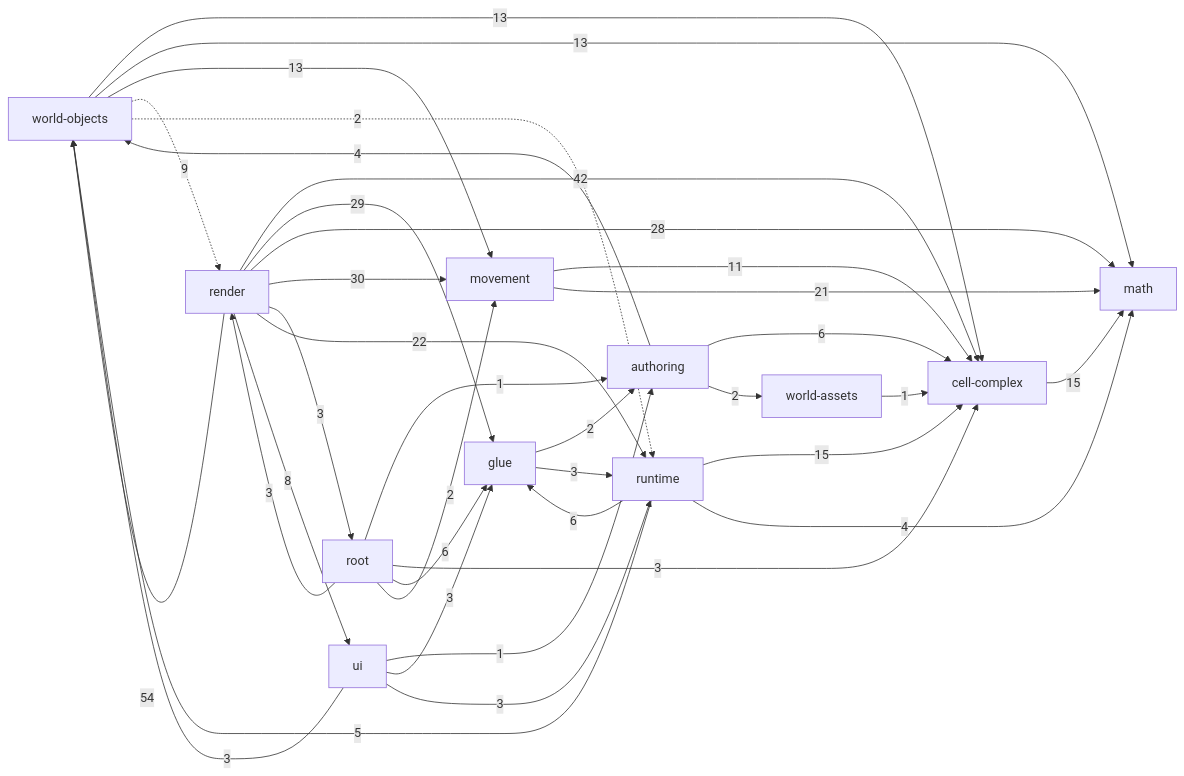
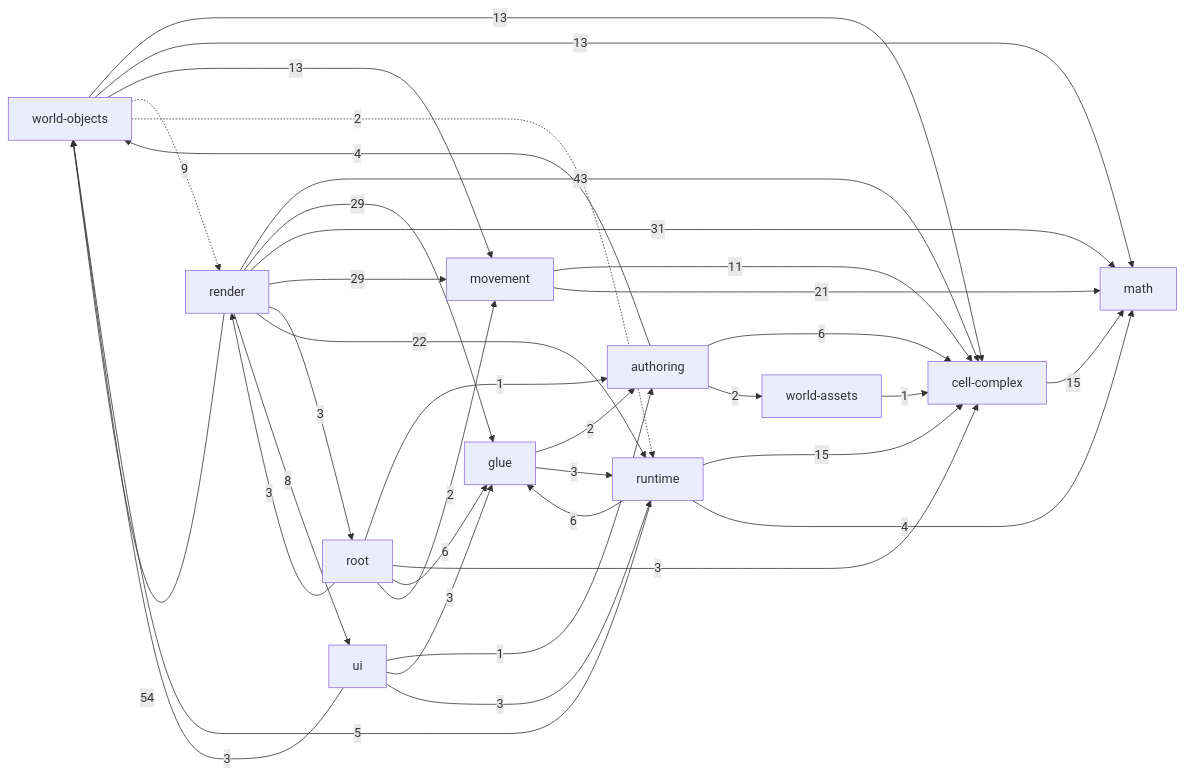
The diagram in _docs/generated/ARCHITECTURE_REFERENCE.md (guraltsev/noneuclid-fpv), drawn with Mermaid before and after one commit. The commit also changed other lines of this file and 12 other files, not shown here.

````diff
--- a/_docs/generated/ARCHITECTURE_REFERENCE.md
+++ b/_docs/generated/ARCHITECTURE_REFERENCE.md
@@ -32,49 +32,49 @@
 ```mermaid
 flowchart LR
   math["math"]
   cell_complex["cell-complex"]
   movement["movement"]
   world_assets["world-assets"]
   world_objects["world-objects"]
   authoring["authoring"]
   runtime["runtime"]
   ui["ui"]
   glue["glue"]
   render["render"]
   root["root"]
   authoring -->|6| cell_complex
   authoring -->|2| world_assets
   authoring -->|4| world_objects
   cell_complex -->|15| math
   glue -->|2| authoring
   glue -->|3| runtime
   movement -->|11| cell_complex
   movement -->|21| math
-  render -->|42| cell_complex
+  render -->|43| cell_complex
   render -->|29| glue
-  render -->|28| math
-  render -->|30| movement
+  render -->|31| math
+  render -->|29| movement
   render -->|3| root
   render -->|22| runtime
   render -->|8| ui
   render -->|54| world_objects
   root -->|1| authoring
   root -->|3| cell_complex
   root -->|6| glue
   root -->|2| movement
   root -->|3| render
   runtime -->|15| cell_complex
   runtime -->|6| glue
   runtime -->|4| math
   runtime -->|5| world_objects
   ui -->|1| authoring
   ui -->|3| glue
   ui -->|3| runtime
   ui -->|3| world_objects
   world_assets -->|1| cell_complex
   world_objects -->|13| cell_complex
   world_objects -->|13| math
   world_objects -->|13| movement
   world_objects -.->|9| render
   world_objects -.->|2| runtime
 ```
````
